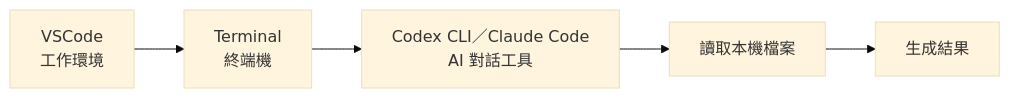
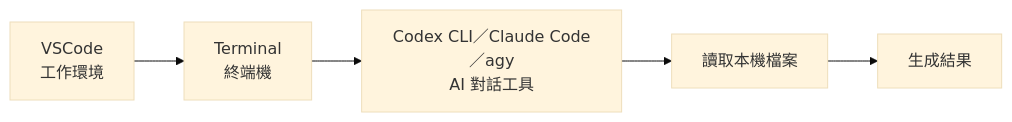
Before and after one commit to joelhoty/ocgit: the first of 2 diagrams in AI_Agent_CLi/04_workspace.md, drawn with Mermaid (base theme). The commit also changed other lines of this file and 18 other files, not shown here.

````diff
--- a/AI_Agent_CLi/04_workspace.md
+++ b/AI_Agent_CLi/04_workspace.md
@@ -87,7 +87,7 @@
 ```mermaid
 graph LR
     A[VSCode<br/>工作環境] --> B[Terminal<br/>終端機]
-    B --> C[Codex CLI／Claude Code<br/>AI 對話工具]
+    B --> C[Codex CLI／Claude Code／agy<br/>AI 對話工具]
     C --> D[讀取本機檔案]
     D --> E[生成結果]
 ```
````
